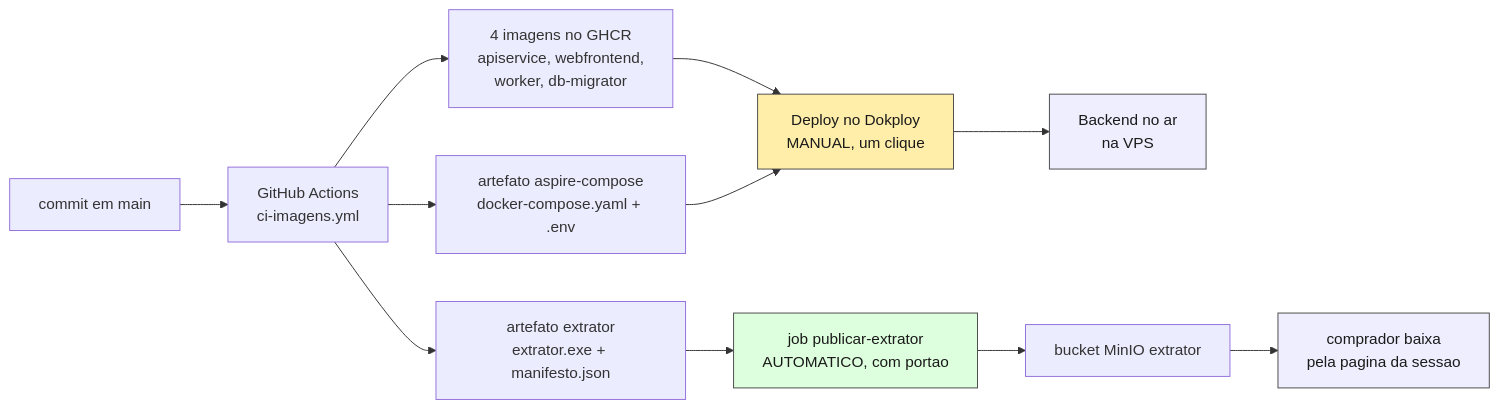
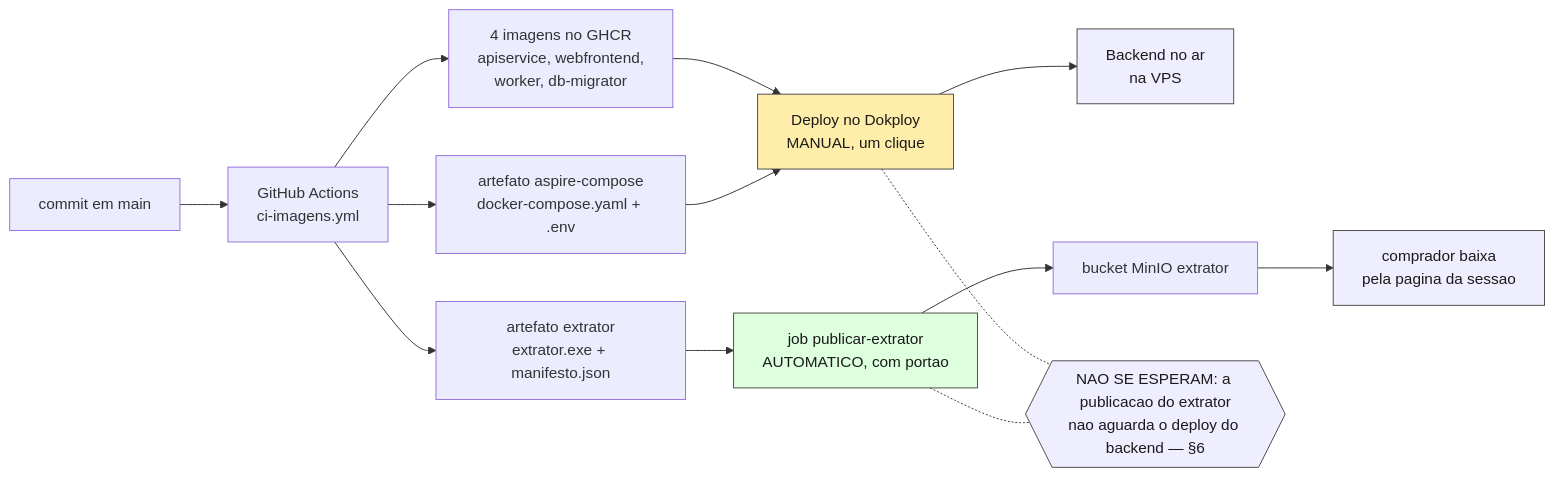
The first of 11 diagrams in Docs/fluxo-de-entrega.md (procfit/MLDemandForcastPOC), drawn with Mermaid before and after one commit. The commit also changed other lines of this file, not shown here.

First line of the commit message:
docs(delivery): state in the diagram that the two delivery paths do not wait

````diff
--- a/Docs/fluxo-de-entrega.md
+++ b/Docs/fluxo-de-entrega.md
@@ -17,21 +17,26 @@
 ```mermaid
 flowchart LR
     C["commit em main"] --> CI["GitHub Actions<br/>ci-imagens.yml"]
 
     CI --> IMG["4 imagens no GHCR<br/>apiservice, webfrontend,<br/>worker, db-migrator"]
     CI --> CMP["artefato aspire-compose<br/>docker-compose.yaml + .env"]
     CI --> EXE["artefato extrator<br/>extrator.exe + manifesto.json"]
 
     IMG --> DEP["Deploy no Dokploy<br/>MANUAL, um clique"]
     CMP --> DEP
     DEP --> VPS["Backend no ar<br/>na VPS"]
 
     EXE --> PUB["job publicar-extrator<br/>AUTOMATICO, com portao"]
     PUB --> MINIO["bucket MinIO extrator"]
     MINIO --> COMP["comprador baixa<br/>pela pagina da sessao"]
 
+    IND{{"NAO SE ESPERAM: a publicacao do extrator<br/>nao aguarda o deploy do backend — §6"}}
+    DEP -.- IND
+    PUB -.- IND
+
     style DEP fill:#fea,stroke:#4a4a4a,color:#1a1a1a
     style PUB fill:#dfd,stroke:#4a4a4a,color:#1a1a1a
     style VPS fill:#eef,stroke:#4a4a4a,color:#1a1a1a
     style COMP fill:#eef,stroke:#4a4a4a,color:#1a1a1a
+    style IND fill:#eef,stroke:#4a4a4a,color:#1a1a1a
 ```
````
